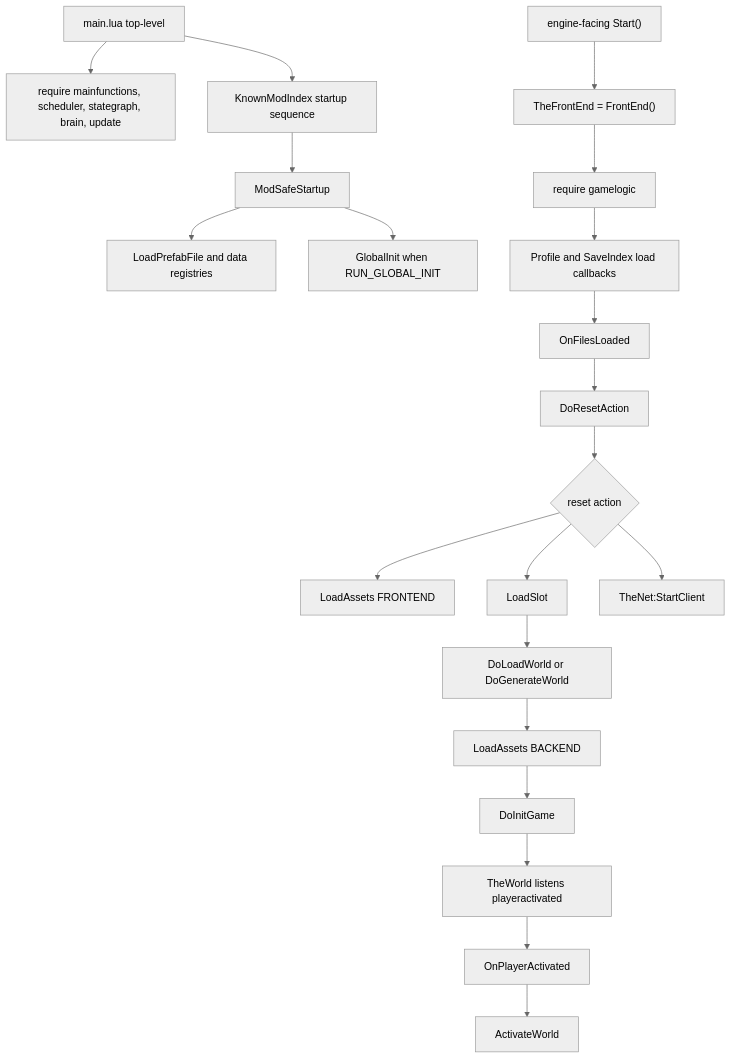
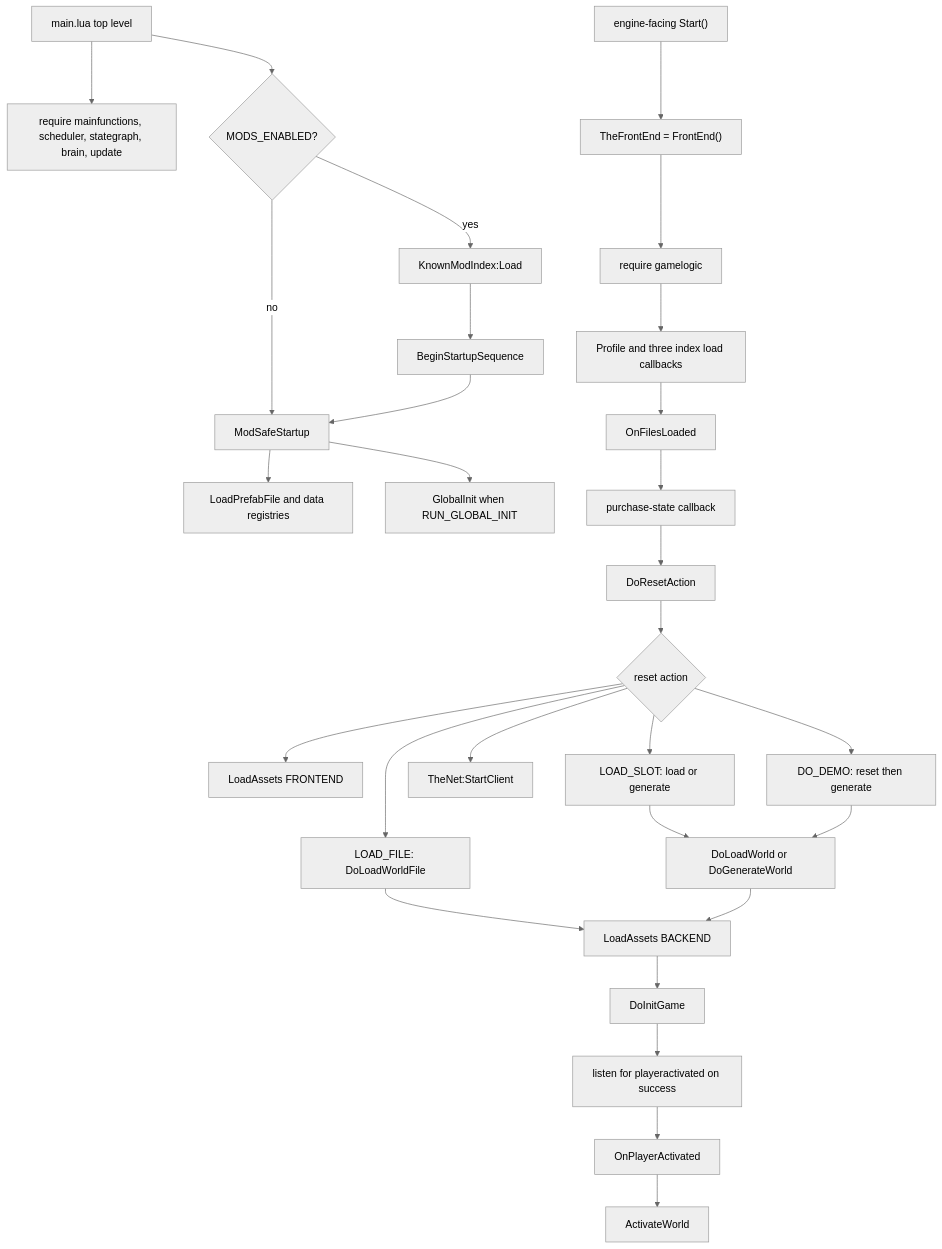
Before and after one commit to LetsStarveTogether/dst-server: the diagram in dst-scripts/index/0x2000-runtime/0x2100-boot-loop/0x2101-boot-sequence.md, drawn with Mermaid (neutral theme). The commit also changed other lines of this file and 83 other files, not shown here.

```diff
--- a/dst-scripts/index/0x2000-runtime/0x2100-boot-loop/0x2101-boot-sequence.md
+++ b/dst-scripts/index/0x2000-runtime/0x2100-boot-loop/0x2101-boot-sequence.md
@@ -35,24 +40,32 @@
 ~~~mermaid
 flowchart TD
-    A["main.lua top-level"]
+    A["main.lua top level"]
     A --> B["require mainfunctions, scheduler, stategraph, brain, update"]
-    A --> C["KnownModIndex startup sequence"]
-    C --> D["ModSafeStartup"]
-    D --> E["LoadPrefabFile and data registries"]
-    D --> F["GlobalInit when RUN_GLOBAL_INIT"]
-    G["engine-facing Start()"] --> H["TheFrontEnd = FrontEnd()"]
-    H --> I["require gamelogic"]
-    I --> J["Profile and SaveIndex load callbacks"]
-    J --> K["OnFilesLoaded"]
-    K --> L["DoResetAction"]
-    L --> M{"reset action"}
-    M --> N["LoadAssets FRONTEND"]
-    M --> O["LoadSlot"]
-    M --> P["TheNet:StartClient"]
-    O --> Q["DoLoadWorld or DoGenerateWorld"]
-    Q --> R["LoadAssets BACKEND"]
-    R --> S["DoInitGame"]
-    S --> T["TheWorld listens playeractivated"]
-    T --> U["OnPlayerActivated"]
-    U --> V["ActivateWorld"]
+    A --> C{"MODS_ENABLED?"}
+    C -->|no| D["ModSafeStartup"]
+    C -->|yes| E["KnownModIndex:Load"]
+    E --> F["BeginStartupSequence"]
+    F --> D
+    D --> AA["LoadPrefabFile and data registries"]
+    D --> AB["GlobalInit when RUN_GLOBAL_INIT"]
+    H["engine-facing Start()"] --> I["TheFrontEnd = FrontEnd()"]
+    I --> J["require gamelogic"]
+    J --> K["Profile and three index load callbacks"]
+    K --> L["OnFilesLoaded"]
+    L --> M["purchase-state callback"]
+    M --> N["DoResetAction"]
+    N --> O{"reset action"}
+    O --> P["LoadAssets FRONTEND"]
+    O --> Q["LOAD_SLOT: load or generate"]
+    O --> R["LOAD_FILE: DoLoadWorldFile"]
+    O --> S["TheNet:StartClient"]
+    O --> Z["DO_DEMO: reset then generate"]
+    Q --> T["DoLoadWorld or DoGenerateWorld"]
+    Z --> T
+    R --> U["LoadAssets BACKEND"]
+    T --> U
+    U --> V["DoInitGame"]
+    V --> W["listen for playeractivated on success"]
+    W --> X["OnPlayerActivated"]
+    X --> Y["ActivateWorld"]
 ~~~
```
